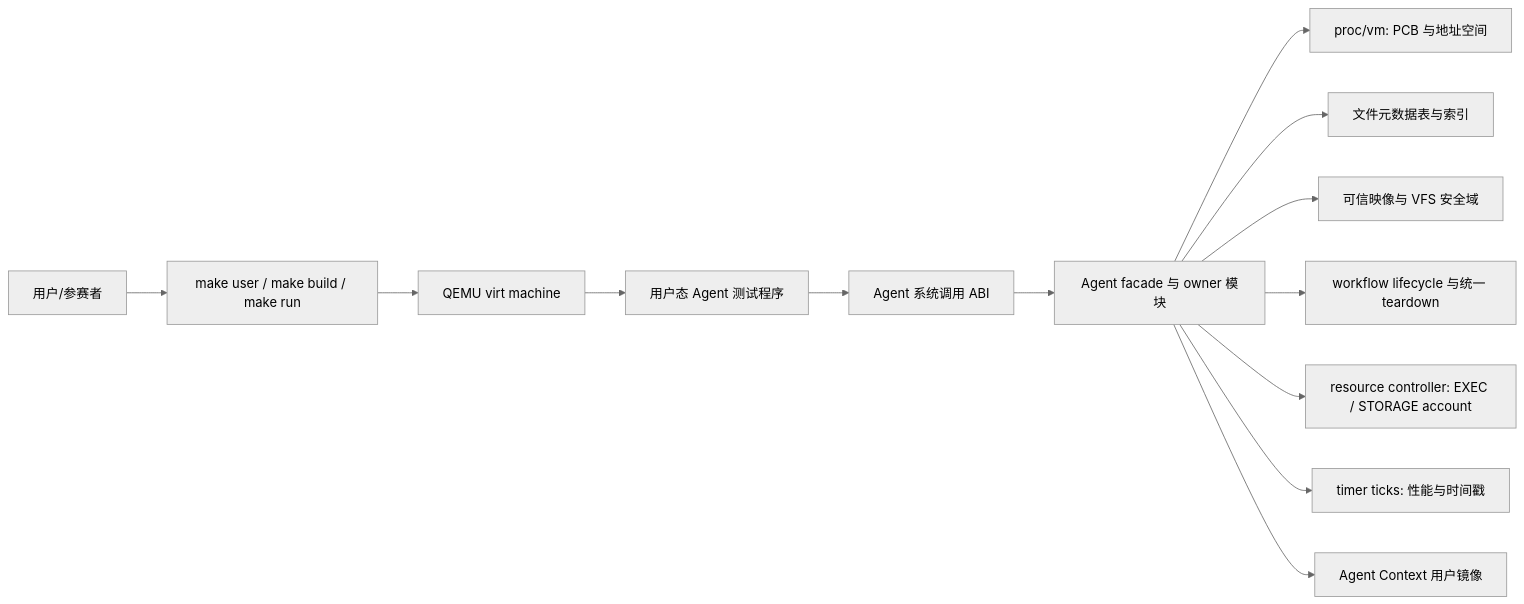
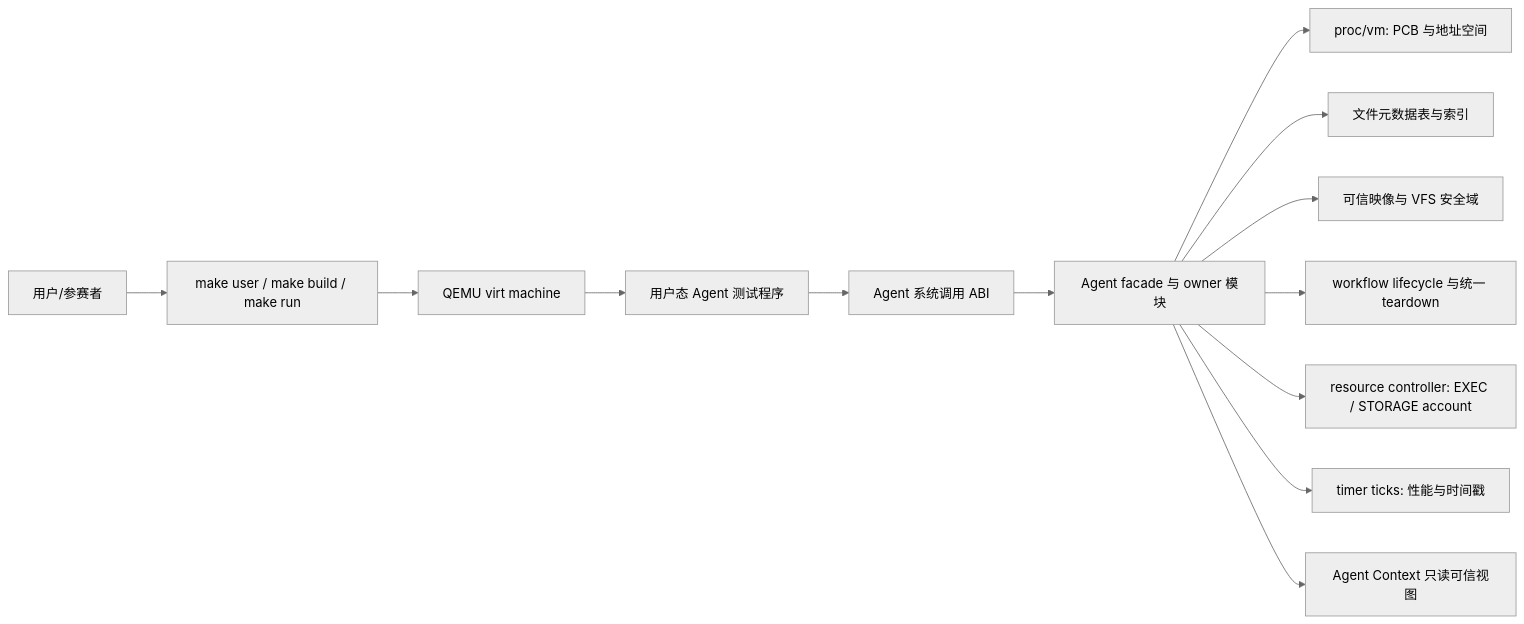
Before and after one commit to yushugulao/Agent-OS: the first of 11 diagrams in docs/agentos/design.md, drawn with Mermaid (neutral theme). The commit also changed other lines of this file and 185 other files, not shown here.

````diff
--- a/docs/agentos/design.md
+++ b/docs/agentos/design.md
@@ -64,15 +67,15 @@
 ```mermaid
 flowchart LR
     User["用户/参赛者"] --> Build["make user / make build / make run"]
     Build --> QEMU["QEMU virt machine"]
     QEMU --> UserAgent["用户态 Agent 测试程序"]
     UserAgent --> Syscall["Agent 系统调用 ABI"]
     Syscall --> KernelAgent["Agent facade 与 owner 模块"]
     KernelAgent --> Proc["proc/vm: PCB 与地址空间"]
     KernelAgent --> FileMeta["文件元数据表与索引"]
     KernelAgent --> Trust["可信映像与 VFS 安全域"]
     KernelAgent --> Lifecycle["workflow lifecycle 与统一 teardown"]
     KernelAgent --> Resource["resource controller: EXEC / STORAGE account"]
     KernelAgent --> Clock["timer ticks: 性能与时间戳"]
-    KernelAgent --> Context["Agent Context 用户镜像"]
+    KernelAgent --> Context["Agent Context 只读可信视图"]
 ```
````
